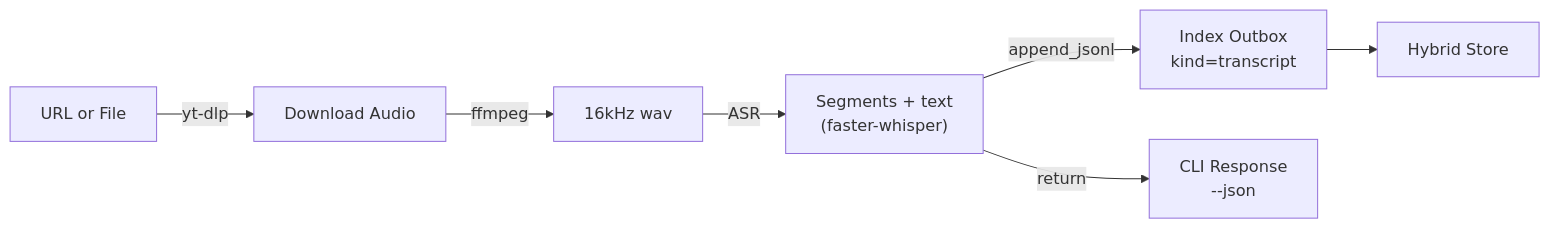
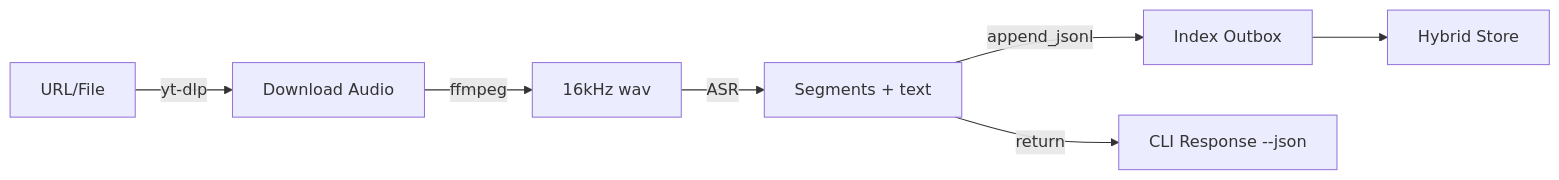
Before and after one commit to RasmusTho/agentic-pkm-mvp: the second of 2 diagrams in docs/DIAGRAMS.md, drawn with Mermaid. The commit also changed other lines of this file and 2 other files, not shown here.

Commit message:
merge: resolve docs & CLI conflicts; unify English docs; fix mermaid; untrack tmp/index-outbox.jsonl

````diff
--- a/docs/DIAGRAMS.md
+++ b/docs/DIAGRAMS.md
@@ -20,9 +20,9 @@
 ```mermaid
 flowchart LR
-    Y["URL or File"] -->|yt-dlp| DL["Download Audio"]
-    DL -->|ffmpeg| WAV["16kHz wav"]
-    WAV -->|ASR| ASR["Segments + text<br/>(faster-whisper)"]
-    ASR -->|append_jsonl| OUT["Index Outbox<br/>kind=transcript"]
-    OUT --> STORE["Hybrid Store"]
-    ASR -->|return| CLI["CLI Response<br/>--json"]
+    Y[URL/File] -->|yt-dlp| DL[Download Audio]
+    DL -->|ffmpeg| WAV[16kHz wav]
+    WAV -->|ASR| ASR[Segments + text]
+    ASR -->|append_jsonl| OUT[Index Outbox]
+    OUT --> STORE[Hybrid Store]
+    ASR -->|return| CLI[CLI Response --json]
 ```
````
